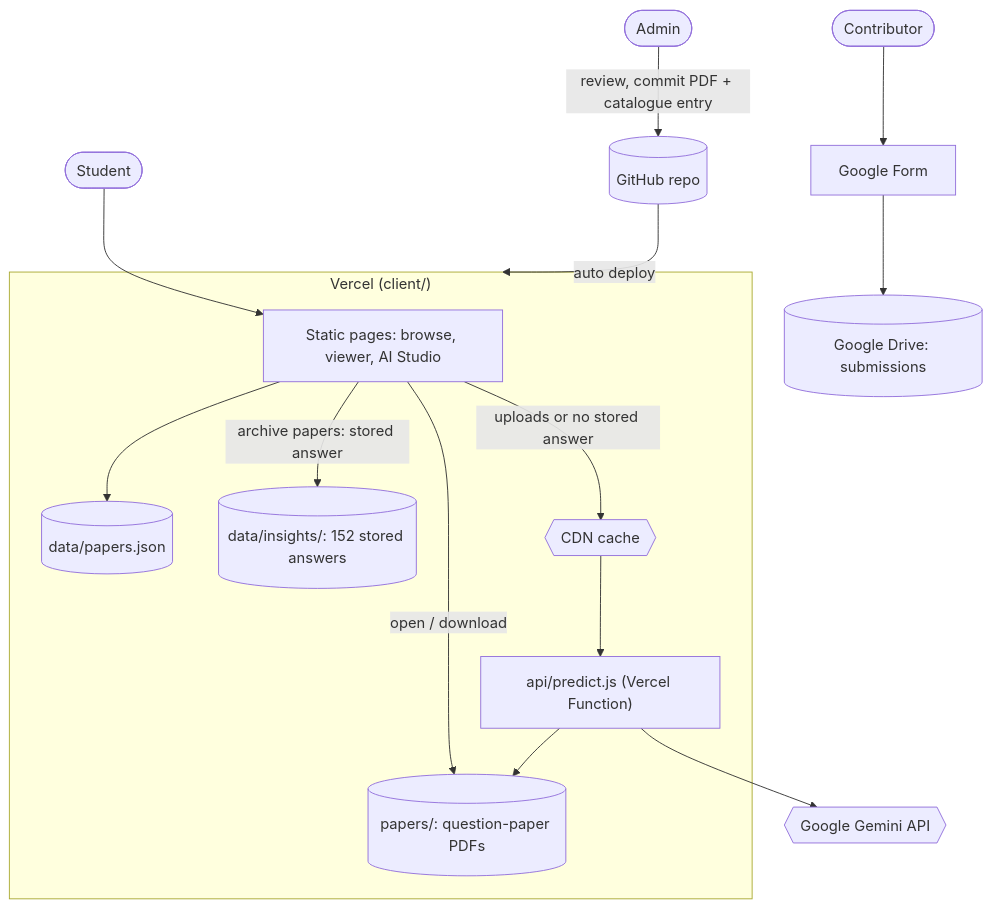
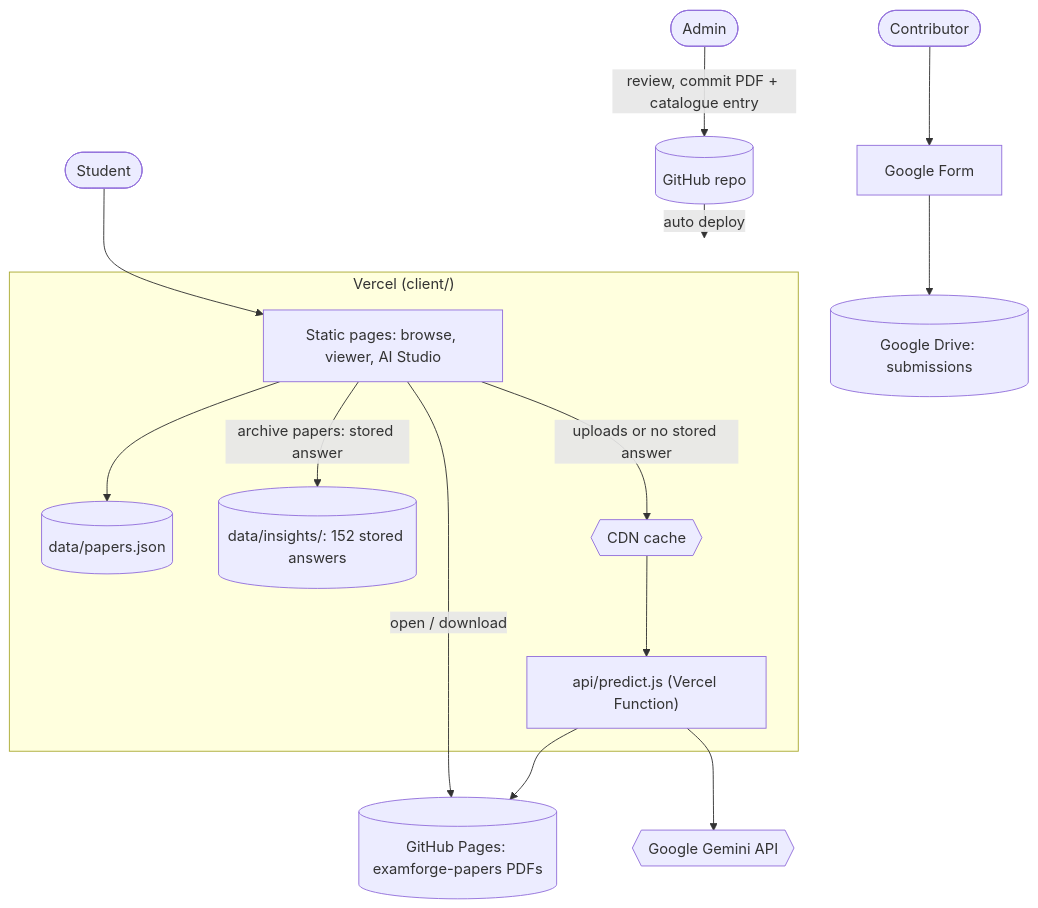
The first of 2 diagrams in README.md (kritika89898/ExamForge), drawn with Mermaid before and after one commit. The commit also changed other lines of this file and 82 other files, not shown here.

First line of the commit message:
Add 312 PYQs for all branches and serve PDFs from GitHub Pages

````diff
--- a/README.md
+++ b/README.md
@@ -88,32 +89,32 @@
 ```mermaid
 flowchart TB
     Student(["Student"])
     Contributor(["Contributor"])
     Admin(["Admin"])
 
     subgraph Vercel["Vercel (client/)"]
         Pages["Static pages: browse, viewer, AI Studio"]
         Catalog[("data/papers.json")]
-        Papers[("papers/: question-paper PDFs")]
         Insights[("data/insights/: 152 stored answers")]
         Predict["api/predict.js (Vercel Function)"]
         CDN{{"CDN cache"}}
     end
 
     Gemini{{"Google Gemini API"}}
     Form["Google Form"]
     Drive[("Google Drive: submissions")]
     GitHub[("GitHub repo")]
+    Papers[("GitHub Pages: examforge-papers PDFs")]
 
     Student --> Pages
     Pages --> Catalog
     Pages -->|"open / download"| Papers
     Pages -->|"archive papers: stored answer"| Insights
     Pages -->|"uploads or no stored answer"| CDN
     CDN --> Predict
     Predict --> Papers
     Predict --> Gemini
     Contributor --> Form --> Drive
     Admin -->|"review, commit PDF + catalogue entry"| GitHub
     GitHub -->|"auto deploy"| Vercel
 ```
````
